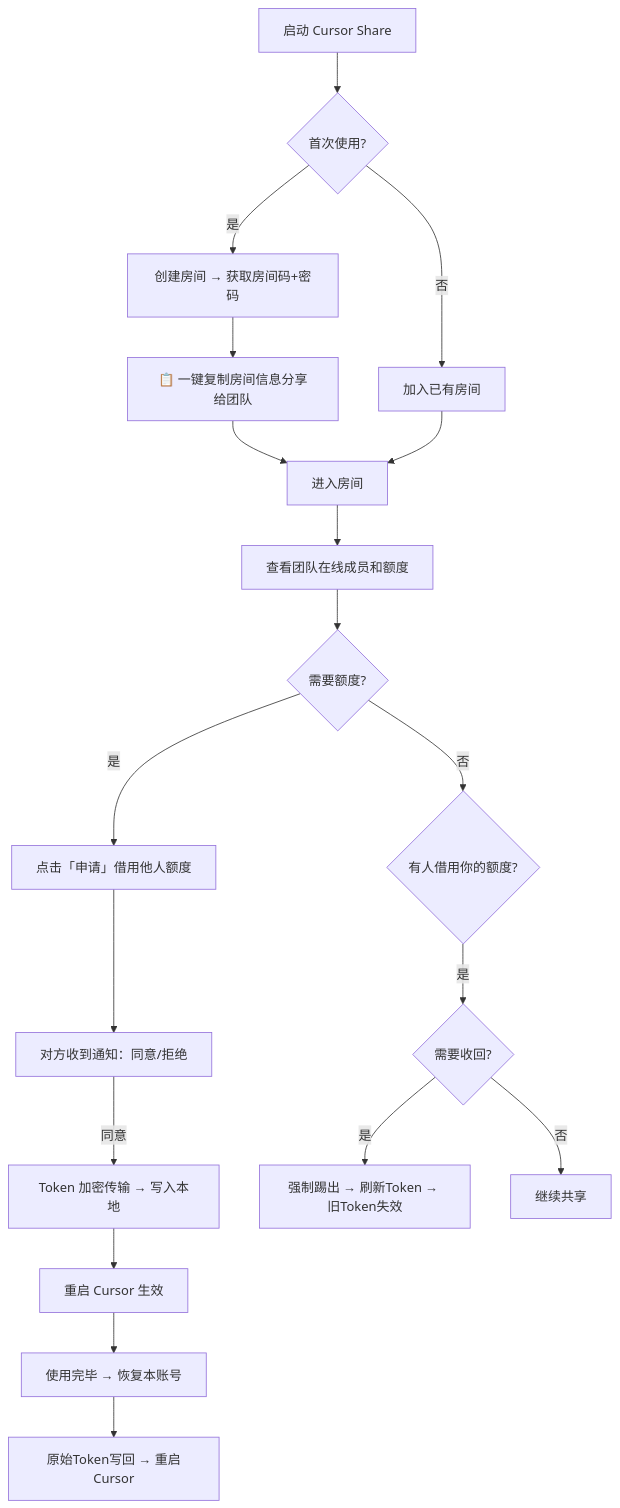
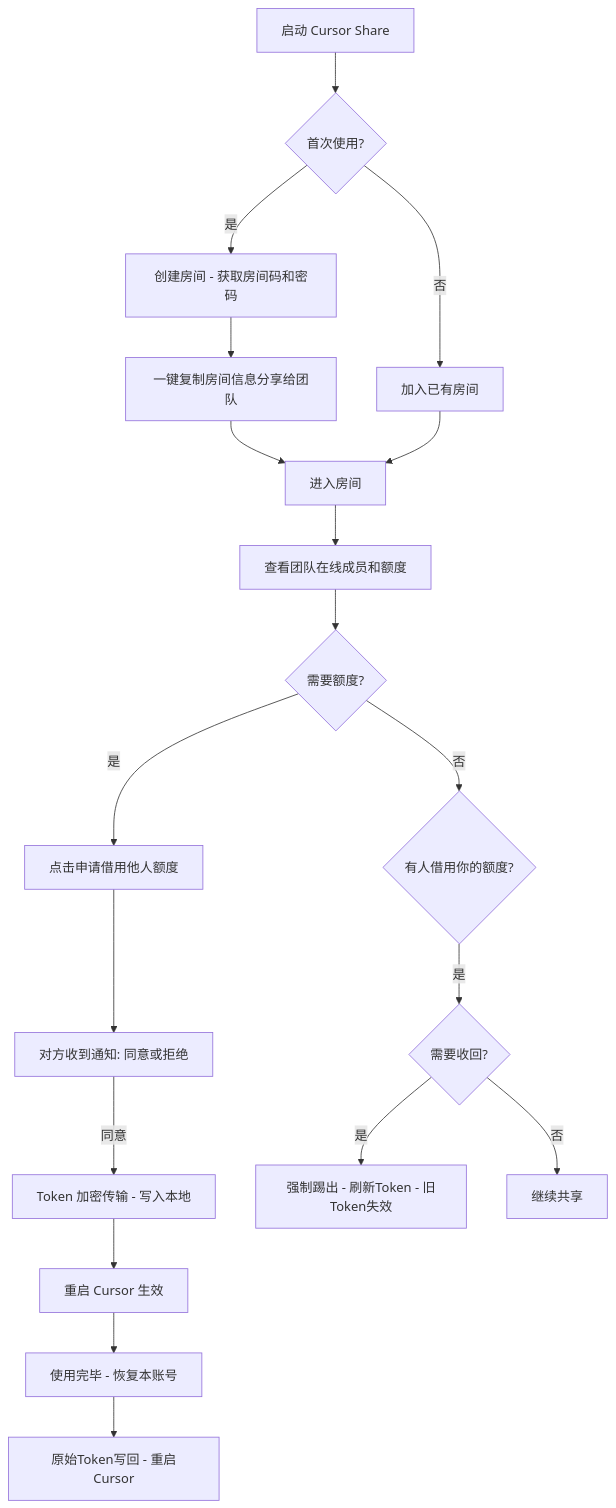
Before and after one commit to zhanggenlove/cursor-share: the first of 2 diagrams in README_zh.md, drawn with Mermaid. The commit also changed other lines of this file and 1 other file, not shown here.

Commit message:
fix: fix mermaid syntax errors in README and add macOS damaged app FAQ
- Remove special characters (quotes, emoji, →, 「」) from mermaid node labels
- Add FAQ entry for macOS Gatekeeper 'app is damaged' error with xattr fix
- Applied to both README.md and README_zh.md

````diff
--- a/README_zh.md
+++ b/README_zh.md
@@ -94,25 +94,25 @@
 ```mermaid
 flowchart TD
     A[启动 Cursor Share] --> B{首次使用?}
-    B -->|是| C[创建房间 → 获取房间码+密码]
+    B -->|是| C[创建房间 - 获取房间码和密码]
     B -->|否| D[加入已有房间]
-    C --> E[📋 一键复制房间信息分享给团队]
+    C --> E[一键复制房间信息分享给团队]
     E --> F[进入房间]
     D --> F
 
     F --> G[查看团队在线成员和额度]
 
     G --> H{需要额度?}
-    H -->|是| I[点击「申请」借用他人额度]
-    I --> J[对方收到通知：同意/拒绝]
-    J -->|同意| K[Token 加密传输 → 写入本地]
+    H -->|是| I[点击申请借用他人额度]
+    I --> J[对方收到通知: 同意或拒绝]
+    J -->|同意| K[Token 加密传输 - 写入本地]
     K --> L[重启 Cursor 生效]
 
     H -->|否| M{有人借用你的额度?}
     M -->|是| N{需要收回?}
-    N -->|是| O[强制踢出 → 刷新Token → 旧Token失效]
+    N -->|是| O[强制踢出 - 刷新Token - 旧Token失效]
     N -->|否| P[继续共享]
 
-    L --> Q[使用完毕 → 恢复本账号]
-    Q --> R[原始Token写回 → 重启Cursor]
+    L --> Q[使用完毕 - 恢复本账号]
+    Q --> R[原始Token写回 - 重启Cursor]
 ```
````
